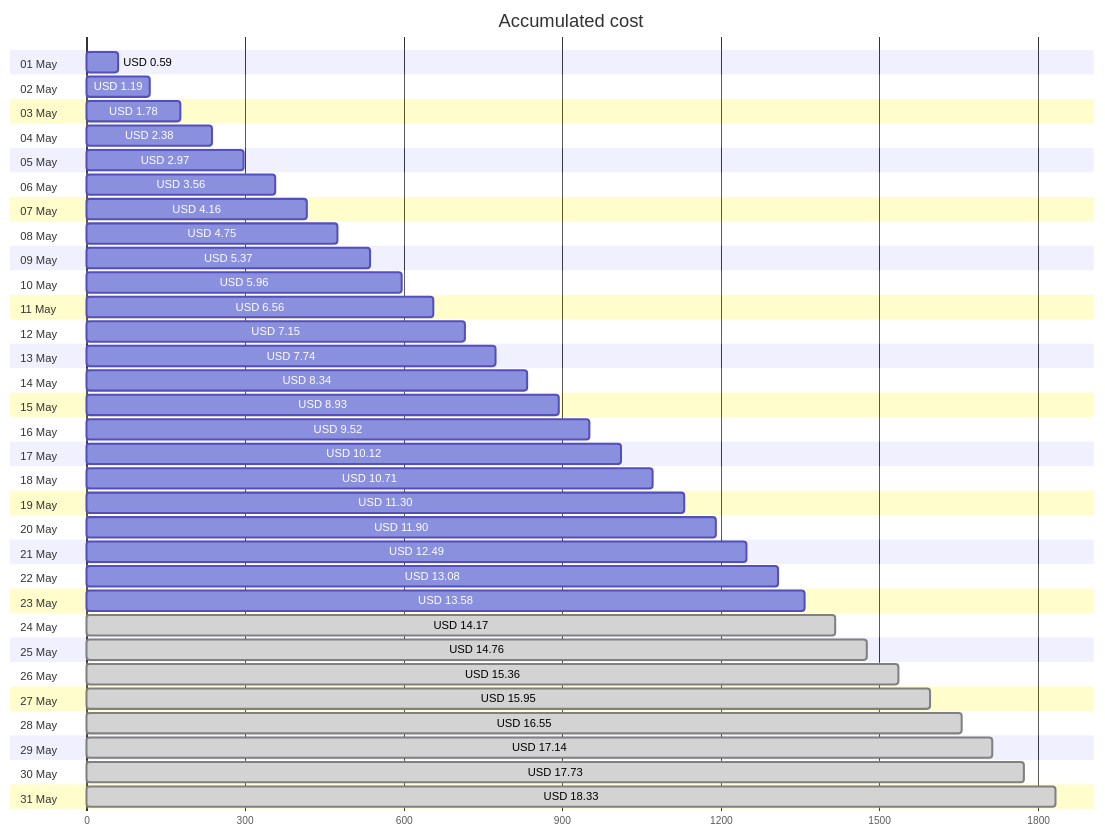
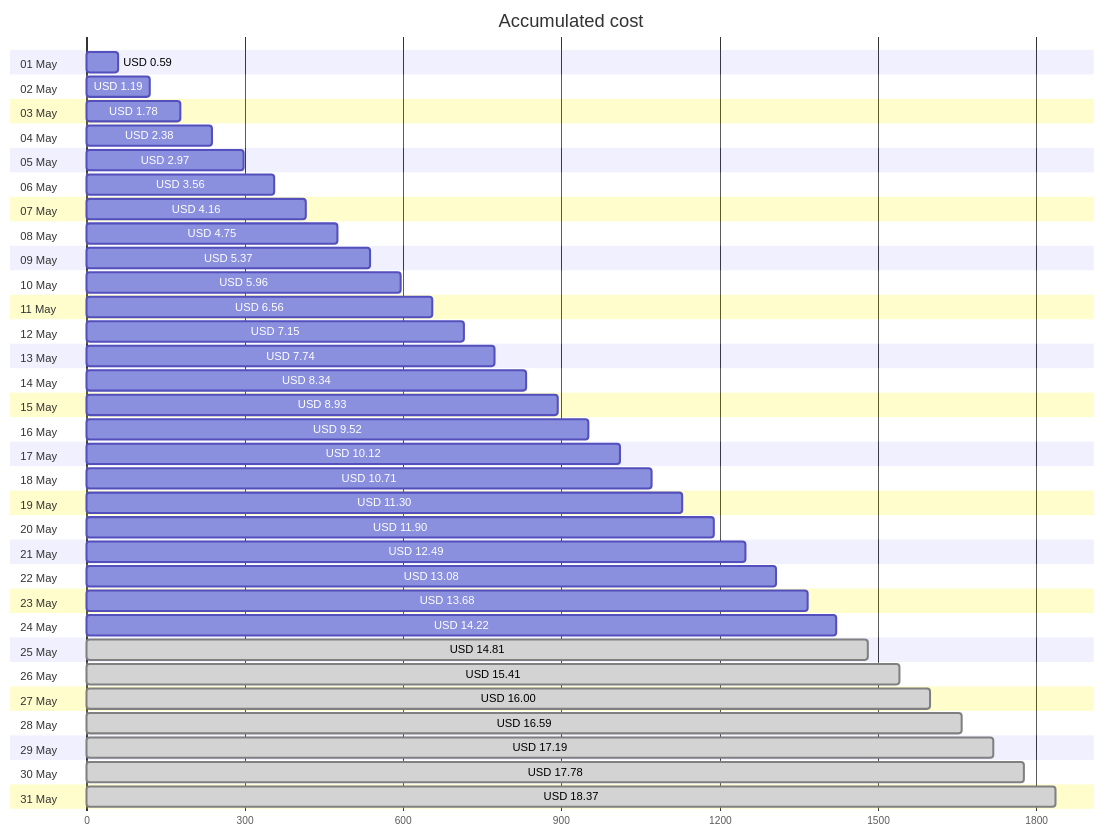
The first of 4 diagrams in cost-reports/personal-site/README.md (jpfulton/azure-personal-reports), drawn with Mermaid before and after one commit. The commit also changed other lines of this file and 6 other files, not shown here.

````diff
--- a/cost-reports/personal-site/README.md
+++ b/cost-reports/personal-site/README.md
@@ -20,68 +20,68 @@
 ```mermaid
 gantt
    title Accumulated cost
    dateFormat  X
    axisFormat %s
    section 01 May
    USD 0.59 :0, 59
    section 02 May
    USD 1.19 :0, 119
    section 03 May
    USD 1.78 :0, 178
    section 04 May
    USD 2.38 :0, 238
    section 05 May
    USD 2.97 :0, 297
    section 06 May
    USD 3.56 :0, 356
    section 07 May
    USD 4.16 :0, 416
    section 08 May
    USD 4.75 :0, 475
    section 09 May
    USD 5.37 :0, 537
    section 10 May
    USD 5.96 :0, 596
    section 11 May
    USD 6.56 :0, 656
    section 12 May
    USD 7.15 :0, 715
    section 13 May
    USD 7.74 :0, 774
    section 14 May
    USD 8.34 :0, 834
    section 15 May
    USD 8.93 :0, 893
    section 16 May
    USD 9.52 :0, 952
    section 17 May
    USD 10.12 :0, 1012
    section 18 May
    USD 10.71 :0, 1071
    section 19 May
    USD 11.30 :0, 1130
    section 20 May
    USD 11.90 :0, 1190
    section 21 May
    USD 12.49 :0, 1249
    section 22 May
    USD 13.08 :0, 1308
    section 23 May
-   USD 13.58 :0, 1358
+   USD 13.68 :0, 1368
    section 24 May
-   USD 14.17 : done, 0, 1417
+   USD 14.22 :0, 1422
    section 25 May
-   USD 14.76 : done, 0, 1476
+   USD 14.81 : done, 0, 1481
    section 26 May
-   USD 15.36 : done, 0, 1536
+   USD 15.41 : done, 0, 1541
    section 27 May
-   USD 15.95 : done, 0, 1595
+   USD 16.00 : done, 0, 1600
    section 28 May
-   USD 16.55 : done, 0, 1655
+   USD 16.59 : done, 0, 1659
    section 29 May
-   USD 17.14 : done, 0, 1714
+   USD 17.19 : done, 0, 1719
    section 30 May
-   USD 17.73 : done, 0, 1773
+   USD 17.78 : done, 0, 1778
    section 31 May
-   USD 18.33 : done, 0, 1833
+   USD 18.37 : done, 0, 1837
 ```
````
